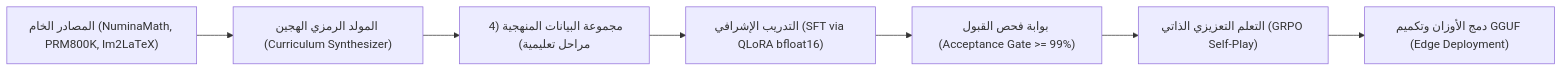
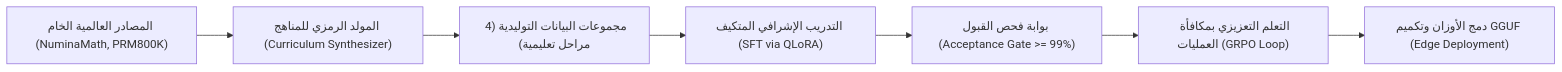
Before and after one commit to AymnAlth/Khwarizmi_Math_AI: the second of 2 diagrams in README.md, drawn with Mermaid. The commit also changed other lines of this file and 3 other files, not shown here.

Commit message:
docs: elevate README to production grade with lead engineer profile and full architecture

````diff
--- a/README.md
+++ b/README.md
@@ -95,9 +127,9 @@
 ```mermaid
 graph LR
-    A["المصادر الخام (NuminaMath, PRM800K, Im2LaTeX)"] --> B["المولد الرمزي الهجين (Curriculum Synthesizer)"]
-    B --> C["مجموعة البيانات المنهجية (4 مراحل تعليمية)"]
-    C --> D["التدريب الإشرافي (SFT via QLoRA bfloat16)"]
+    A["المصادر العالمية الخام (NuminaMath, PRM800K)"] --> B["المولد الرمزي للمناهج (Curriculum Synthesizer)"]
+    B --> C["مجموعات البيانات التوليدية (4 مراحل تعليمية)"]
+    C --> D["التدريب الإشرافي المتكيف (SFT via QLoRA)"]
     D --> E["بوابة فحص القبول (Acceptance Gate &gt;= 99%)"]
-    E --> F["التعلم التعزيزي الذاتي (GRPO Self-Play)"]
+    E --> F["التعلم التعزيزي بمكافأة العمليات (GRPO Loop)"]
     F --> G["دمج الأوزان وتكميم GGUF (Edge Deployment)"]
 ```
````
